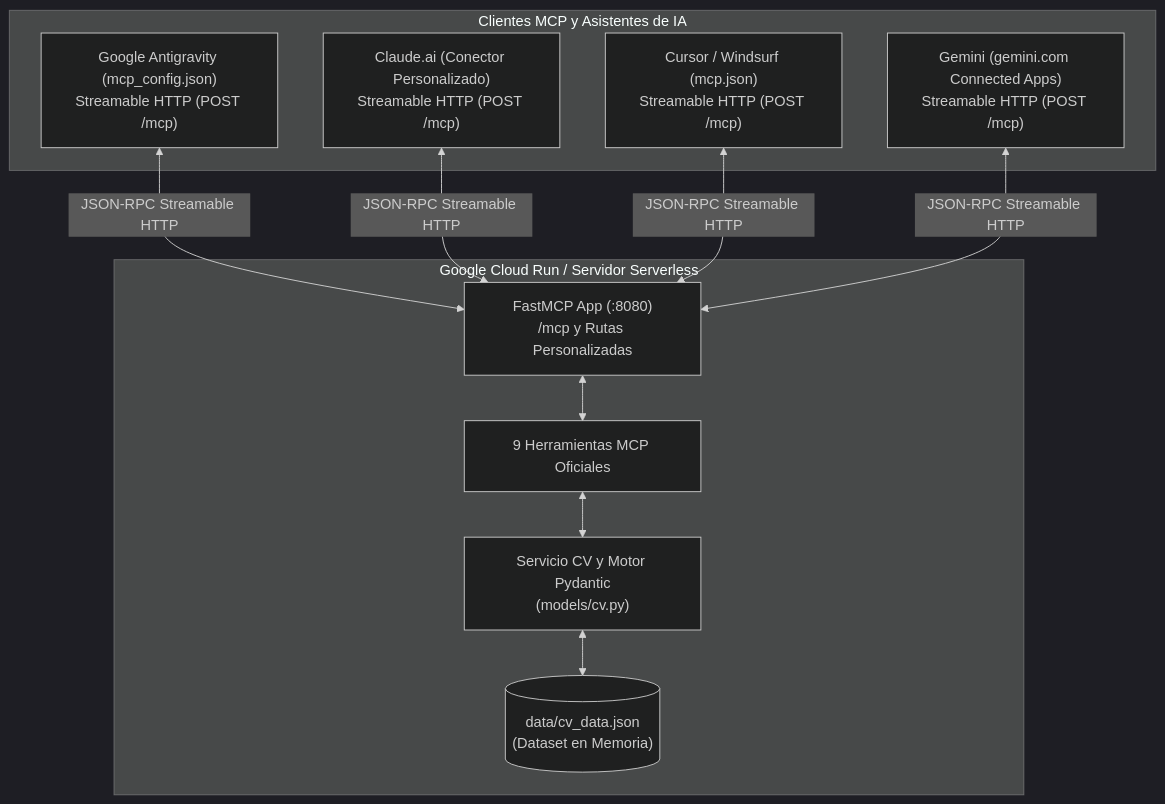
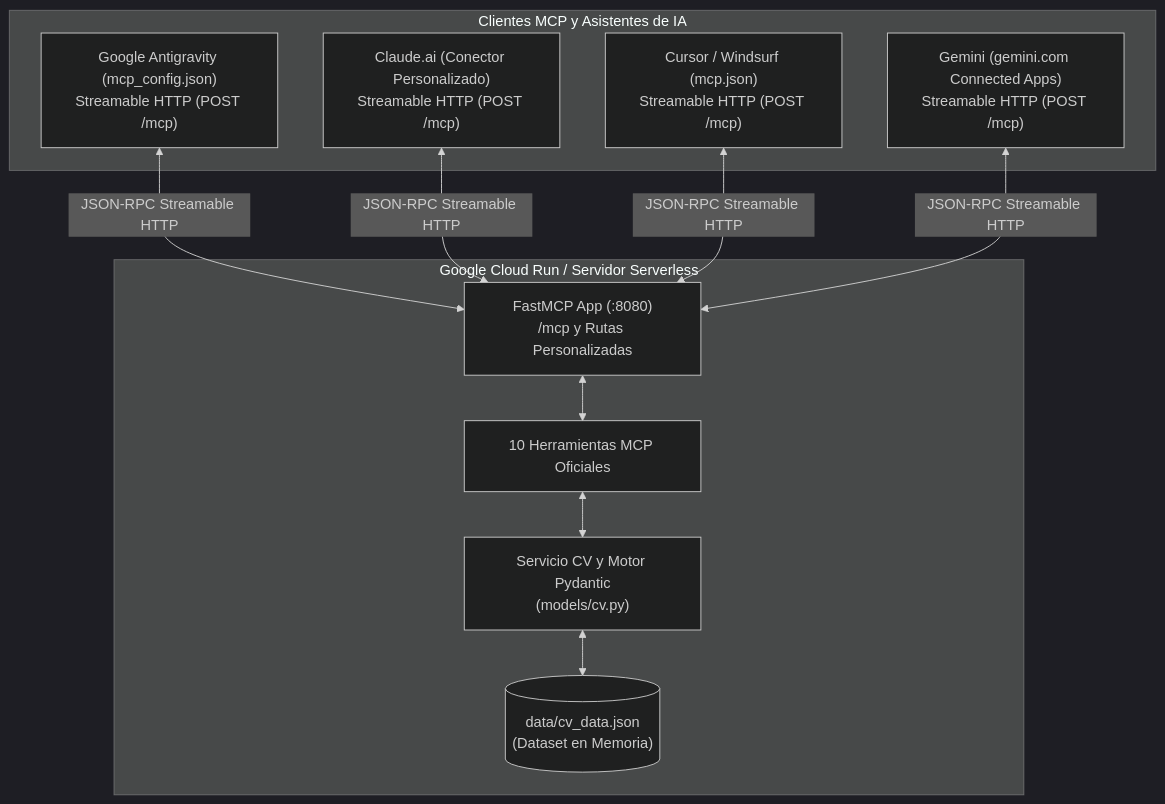
The first of 2 diagrams in README.es.md (AnaCataVC/anacatalina-mcp), drawn with Mermaid (dark theme) before and after one commit. The commit also changed other lines of this file and 3 other files, not shown here.

````diff
--- a/README.es.md
+++ b/README.es.md
@@ -44,24 +51,24 @@
 ```mermaid
 flowchart TD
     subgraph ClientLayer["Clientes MCP y Asistentes de IA"]
         AG["Google Antigravity (mcp_config.json)<br/>Streamable HTTP (POST /mcp)"]
         A["Claude.ai (Conector Personalizado)<br/>Streamable HTTP (POST /mcp)"]
         B["Cursor / Windsurf (mcp.json)<br/>Streamable HTTP (POST /mcp)"]
         G["Gemini (gemini.com Connected Apps)<br/>Streamable HTTP (POST /mcp)"]
     end
 
     subgraph CloudLayer["Google Cloud Run / Servidor Serverless"]
         C["FastMCP App (:8080)<br/>/mcp y Rutas Personalizadas"]
-        D["9 Herramientas MCP Oficiales"]
+        D["10 Herramientas MCP Oficiales"]
         E["Servicio CV y Motor Pydantic<br/>(models/cv.py)"]
         F[("data/cv_data.json<br/>(Dataset en Memoria)")]
     end
 
     AG <-->|"JSON-RPC Streamable HTTP"| C
     A <-->|"JSON-RPC Streamable HTTP"| C
     B <-->|"JSON-RPC Streamable HTTP"| C
     G <-->|"JSON-RPC Streamable HTTP"| C
     C <--> D
     D <--> E
     E <--> F
 ```
````
